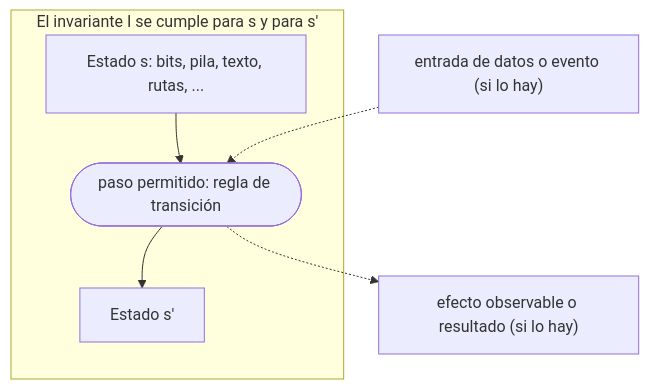
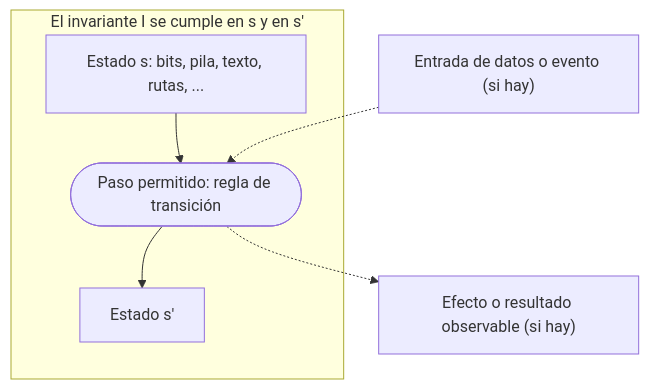
Before and after one commit to dullroar/aprende-a-programar-como-un-bicho-raro: the diagram in lessons/guias-de-estudio/conceptos/estado-y-control-mas-alla-de-las-variables.md, drawn with Mermaid. The commit also changed 22 other files, not shown here.

First line of the commit message:
loop(P5-003): build six Spanish publications; sync_guide_diagrams supports #block-N

````diff
--- a/lessons/guias-de-estudio/conceptos/estado-y-control-mas-alla-de-las-variables.md
+++ b/lessons/guias-de-estudio/conceptos/estado-y-control-mas-alla-de-las-variables.md
@@ -71,10 +71,10 @@
 ```mermaid
 flowchart TB
-    accTitle: Una máquina es un estado más una regla para el estado siguiente, no necesariamente un procesador
-    accDescr: Un diagrama de sistema de transiciones. El estado s, representado como bits, una pila, texto, rutas u otros valores, pasa por un paso permitido, la regla de transición, al estado s prima. Una entrada de datos o un evento, si lo hay, alimenta el paso. El paso puede producir un efecto observable o un resultado, si lo hay. Un marco alrededor de ambos estados indica que el invariante se cumple para s y para s prima.
-    subgraph INV["El invariante I se cumple para s y para s′"]
-        S["Estado s: bits, pila, texto, rutas, ..."] --> T(["paso permitido: regla de transición"]) --> S2["Estado s′"]
+    accTitle: Una máquina combina un estado y una regla para el siguiente estado. Puede prescindir de un procesador
+    accDescr: Diagrama de un sistema de transición. El estado s se representa con bits, una pila, texto, rutas u otros valores. Pasa al estado s prima mediante un paso permitido: la regla de transición. Si hay una entrada de datos o un evento, alimenta el paso. El paso puede producir un efecto o un resultado observable. Un marco alrededor de ambos estados indica que el invariante se cumple tanto en s como en s prima.
+    subgraph INV["El invariante I se cumple en s y en s′"]
+        S["Estado s: bits, pila, texto, rutas, ..."] --> T(["Paso permitido: regla de transición"]) --> S2["Estado s′"]
     end
-    IN["entrada de datos o evento (si lo hay)"] -.-> T
-    T -.-> OUT["efecto observable o resultado (si lo hay)"]
+    IN["Entrada de datos o evento (si hay)"] -.-> T
+    T -.-> OUT["Efecto o resultado observable (si hay)"]
 ```
````
